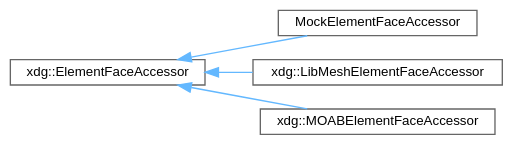
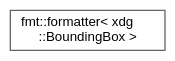
Before and after one commit to xdg-org/xdg: the diagram in inherit_graph_7.dot, drawn with Graphviz. The commit also changed 95 other files, not shown here.

```diff
--- a/inherit_graph_7.dot
+++ b/inherit_graph_7.dot
@@ -1,15 +1,9 @@
 digraph "Graphical Class Hierarchy"
 {
  // LATEX_PDF_SIZE
   bgcolor="transparent";
   edge [fontname=Helvetica,fontsize=10,labelfontname=Helvetica,labelfontsize=10];
   node [fontname=Helvetica,fontsize=10,shape=box,height=0.2,width=0.4];
   rankdir="LR";
-  Node0 [id="Node000000",label="xdg::ElementFaceAccessor",height=0.2,width=0.4,color="grey40", fillcolor="white", style="filled",URL="$structxdg_1_1ElementFaceAccessor.html",tooltip="Class to provide access to face vertices of mesh elements."];
-  Node0 -> Node1 [id="edge7_Node000000_Node000001",dir="back",color="steelblue1",style="solid",tooltip=" "];
-  Node1 [id="Node000001",label="MockElementFaceAccessor",height=0.2,width=0.4,color="grey40", fillcolor="white", style="filled",URL="$structMockElementFaceAccessor.html",tooltip=" "];
-  Node0 -> Node2 [id="edge8_Node000000_Node000002",dir="back",color="steelblue1",style="solid",tooltip=" "];
-  Node2 [id="Node000002",label="xdg::LibMeshElementFaceAccessor",height=0.2,width=0.4,color="grey40", fillcolor="white", style="filled",URL="$structxdg_1_1LibMeshElementFaceAccessor.html",tooltip=" "];
-  Node0 -> Node3 [id="edge9_Node000000_Node000003",dir="back",color="steelblue1",style="solid",tooltip=" "];
-  Node3 [id="Node000003",label="xdg::MOABElementFaceAccessor",height=0.2,width=0.4,color="grey40", fillcolor="white", style="filled",URL="$structxdg_1_1MOABElementFaceAccessor.html",tooltip=" "];
+  Node0 [id="Node000000",label="fmt::formatter\< xdg\l::BoundingBox \>",height=0.2,width=0.4,color="grey40", fillcolor="white", style="filled",URL="$structfmt_1_1formatter_3_01xdg_1_1BoundingBox_01_4.html",tooltip=" "];
 }
```
